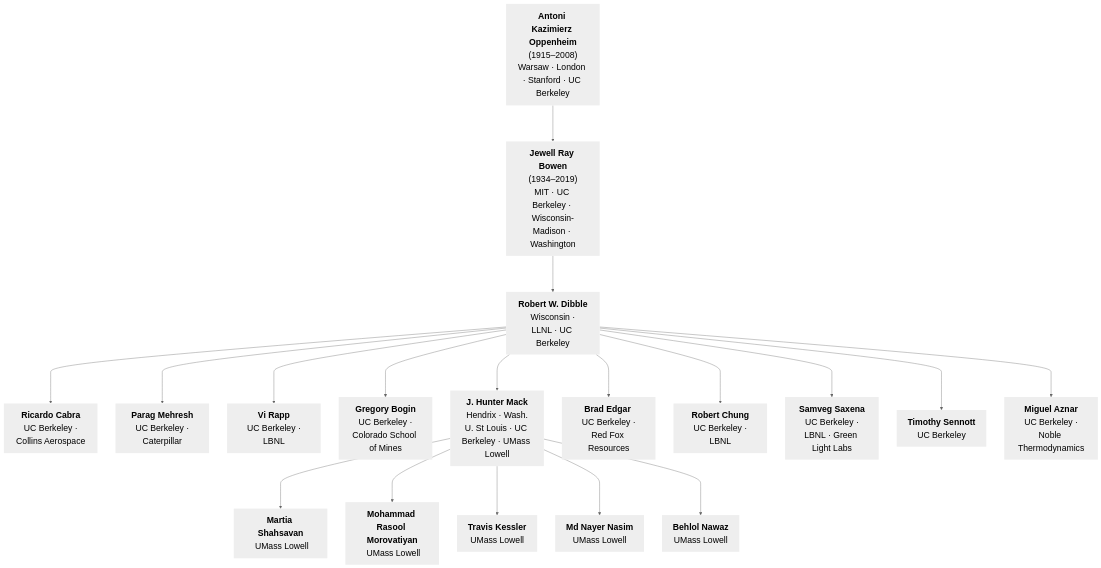
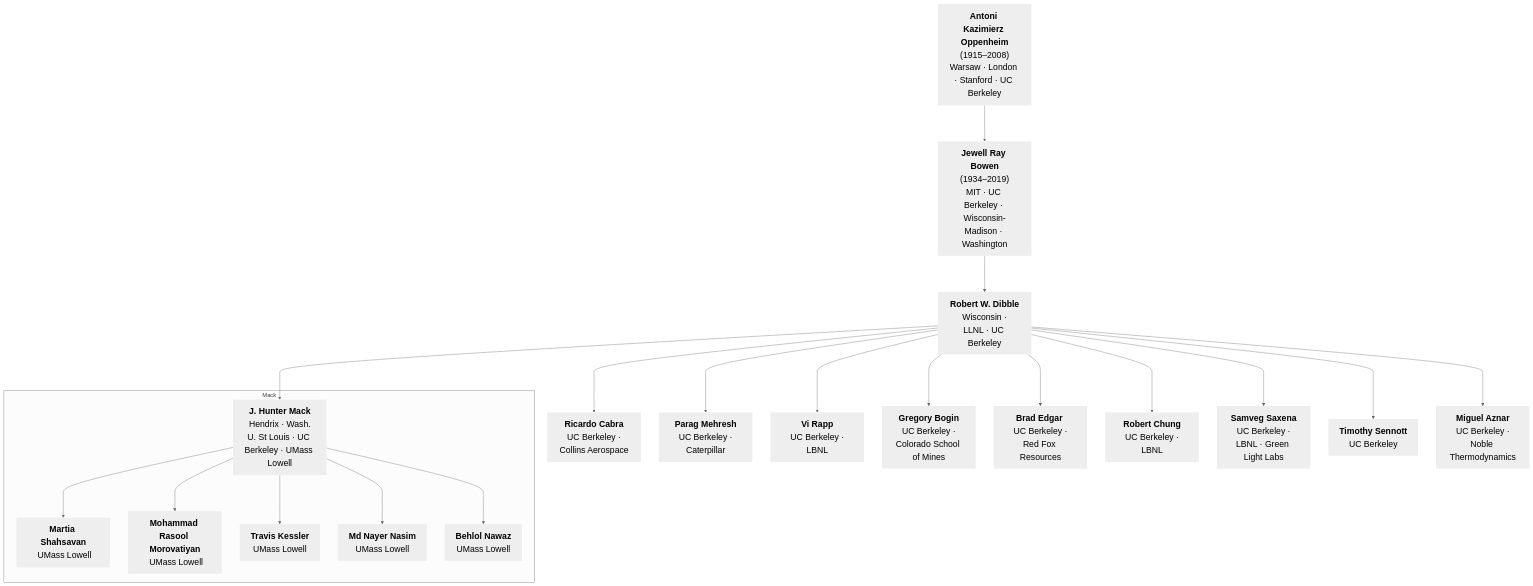
Before and after one commit to bnawaz95/ECRL-acad-tree: the diagram in acad_tree.md, drawn with Mermaid (neutral theme). The commit also changed 1 other file, not shown here.

Commit message:
Trying to avoid arrows goind under nodes by using subgroups.

````diff
--- a/acad_tree.md
+++ b/acad_tree.md
@@ -1,48 +1,51 @@
 ```mermaid
-graph TD
+%%{init: {"flowchart": {"curve":"basis"}}}%%
+flowchart TD
     A["<b>Antoni Kazimierz Oppenheim</b><br/>(1915–2008)<br/>Warsaw · London · Stanford · UC Berkeley"]
 
     B["<b>Jewell Ray Bowen</b><br/>(1934–2019)<br/>MIT · UC Berkeley · Wisconsin-Madison · Washington"]
 
     C["<b>Robert W. Dibble</b><br/> Wisconsin · LLNL · UC Berkeley"]
 
+    D0["<b>J. Hunter Mack</b><br/> Hendrix · Wash. U. St Louis · UC Berkeley · UMass Lowell"]
     D1["<b>Ricardo Cabra</b><br/> UC Berkeley · Collins Aerospace"]
     D2["<b>Parag Mehresh</b><br/> UC Berkeley · Caterpillar"]
     D3["<b>Vi Rapp</b><br/> UC Berkeley · LBNL"]
     D4["<b>Gregory Bogin</b><br/> UC Berkeley · Colorado School of Mines"]
-    D0["<b>J. Hunter Mack</b><br/> Hendrix · Wash. U. St Louis · UC Berkeley · UMass Lowell"]
     D5["<b>Brad Edgar </b><br/> UC Berkeley · Red Fox Resources"]
     D6["<b>Robert Chung</b><br/> UC Berkeley · LBNL"]
     D7["<b>Samveg Saxena</b><br/> UC Berkeley · LBNL · Green Light Labs"]
     D8["<b>Timothy Sennott</b><br/> UC Berkeley"]
     D9["<b>Miguel Aznar</b><br/> UC Berkeley · Noble Thermodynamics"]
 
-    E["<b>Martia Shahsavan</b><br/> UMass Lowell"]
-    F["<b>Mohammad Rasool Morovatiyan</b><br/> UMass Lowell"]
-    G["<b>Travis Kessler</b><br/> UMass Lowell"]
-    H["<b>Md Nayer Nasim</b><br/> UMass Lowell"]
-    I["<b>Behlol Nawaz</b><br/> UMass Lowell"]
+    E1["<b>Martia Shahsavan</b><br/> UMass Lowell"]
+    E2["<b>Mohammad Rasool Morovatiyan</b><br/> UMass Lowell"]
+    E3["<b>Travis Kessler</b><br/> UMass Lowell"]
+    E4["<b>Md Nayer Nasim</b><br/> UMass Lowell"]
+    E5["<b>Behlol Nawaz</b><br/> UMass Lowell"]
 
     A ---> B
     B ---> C
 
     C ---> D0
     C ---> D1
     C ---> D2
     C ---> D3
     C ---> D4
     C ---> D5
     C ---> D6
     C ---> D7
     C ---> D8
     C ---> D9
 
-    D0 ---> E
-    D0 ---> F
-    D0 ---> G
-    D0 ---> H
-    D0 ---> I
+    subgraph Mack
+    D0 ---> E1
+    D0 ---> E2
+    D0 ---> E3
+    D0 ---> E4
+    D0 ---> E5
+    end
 
 classDef noBorder stroke:none,stroke-width:0px,fill:#None,font-size:24px;
-class A,B,C,D0,D1,D2,D3,D4,D5,D6,D6,D7,D8,D9,E,F,G,H,I, noBorder
+class A,B,C,D0,D1,D2,D3,D4,D5,D6,D6,D7,D8,D9,E1,E2,E3,E4,E5, noBorder
 ```
````
